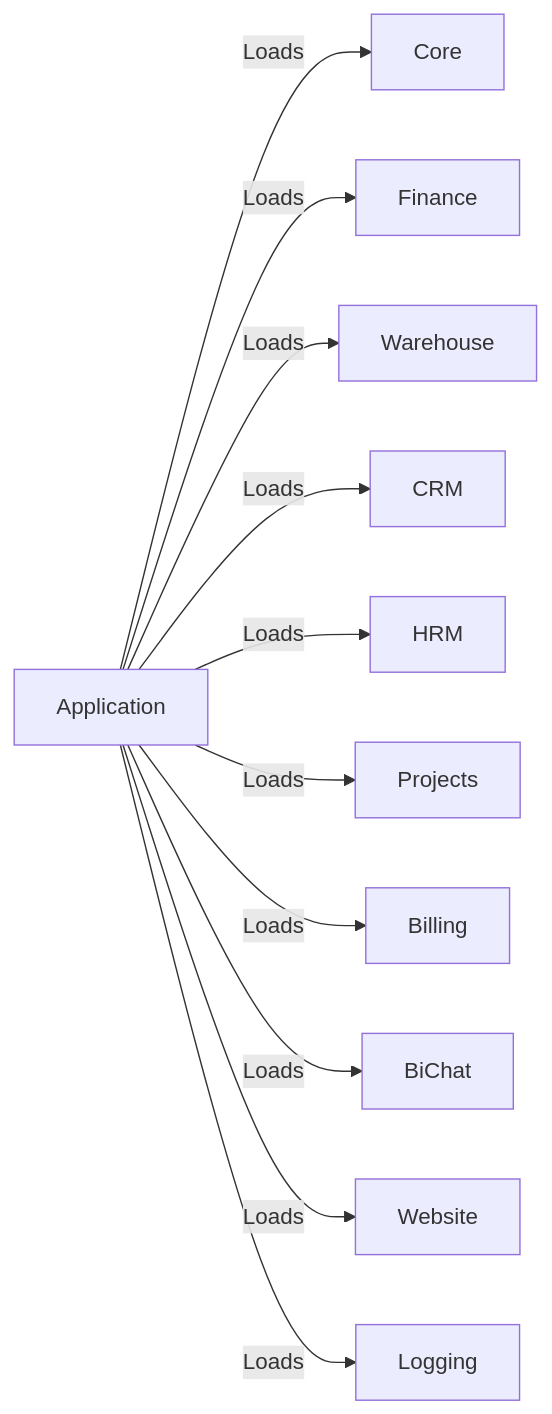
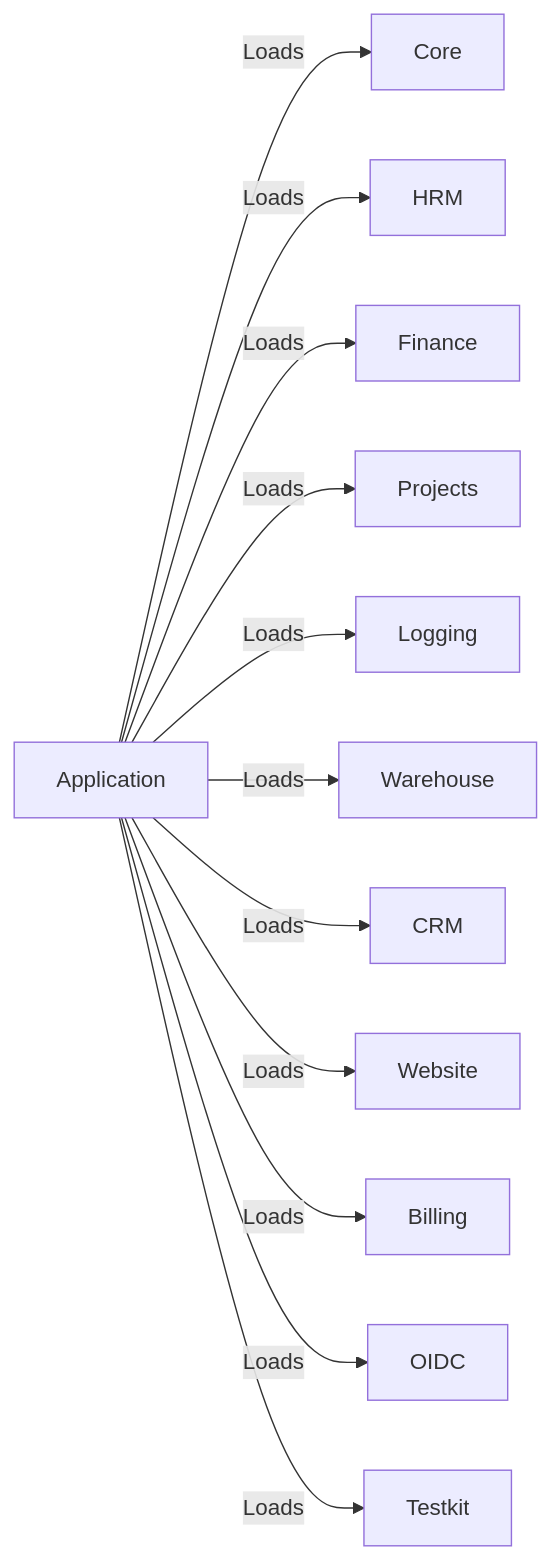
Before and after one commit to iota-uz/iota-sdk: diagram 13 of 13 in docs/content/architecture/module-system.mdx, drawn with Mermaid. The commit also changed other lines of this file and 4 other files, not shown here.

First line of the commit message:
docs: fix architecture (BuiltInModules, multi-tenancy, frontend, DDD)

````diff
--- a/docs/content/architecture/module-system.mdx
+++ b/docs/content/architecture/module-system.mdx
@@ -290,13 +291,14 @@
 ```mermaid
 graph LR
     A[Application] -->|Loads| B[Core]
-    A -->|Loads| C[Finance]
-    A -->|Loads| D[Warehouse]
-    A -->|Loads| E[CRM]
-    A -->|Loads| F[HRM]
-    A -->|Loads| G[Projects]
-    A -->|Loads| H[Billing]
-    A -->|Loads| I[BiChat]
-    A -->|Loads| J[Website]
-    A -->|Loads| K[Logging]
+    A -->|Loads| C[HRM]
+    A -->|Loads| D[Finance]
+    A -->|Loads| E[Projects]
+    A -->|Loads| F[Logging]
+    A -->|Loads| G[Warehouse]
+    A -->|Loads| H[CRM]
+    A -->|Loads| I[Website]
+    A -->|Loads| J[Billing]
+    A -->|Loads| K[OIDC]
+    A -->|Loads| L[Testkit]
 ```
````
